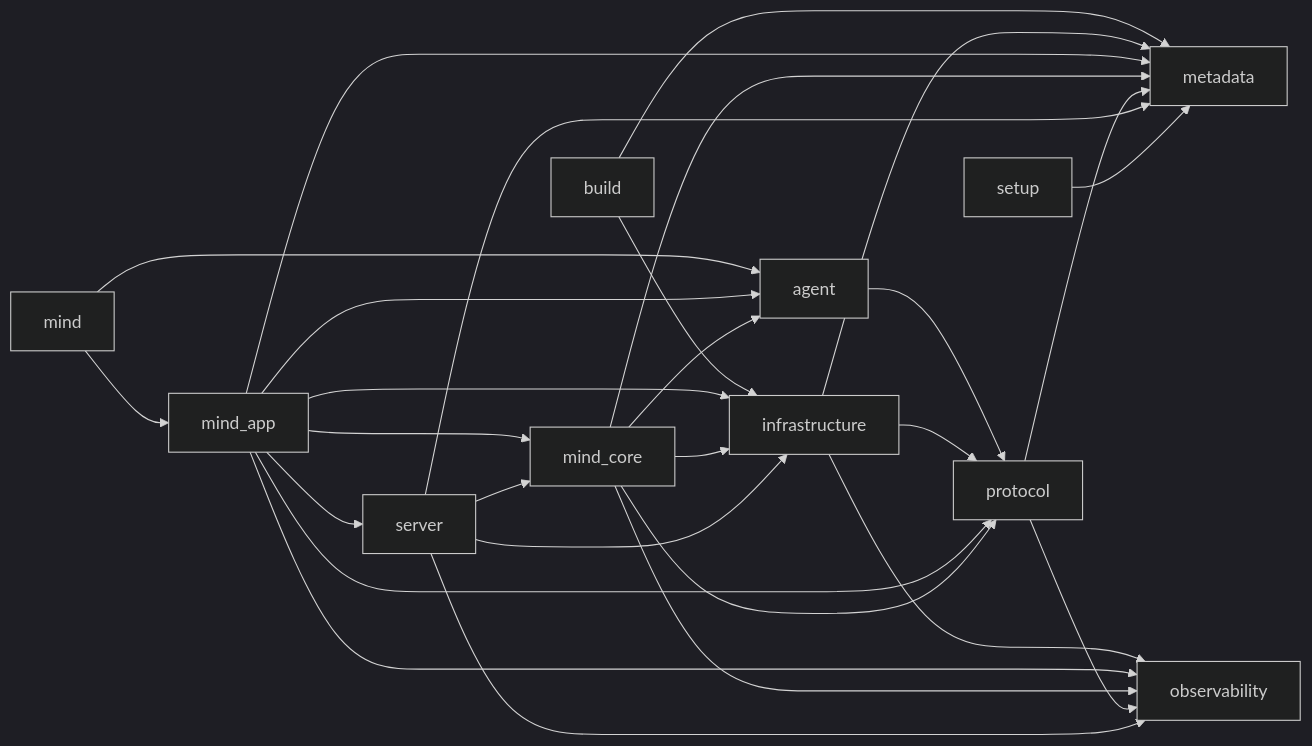
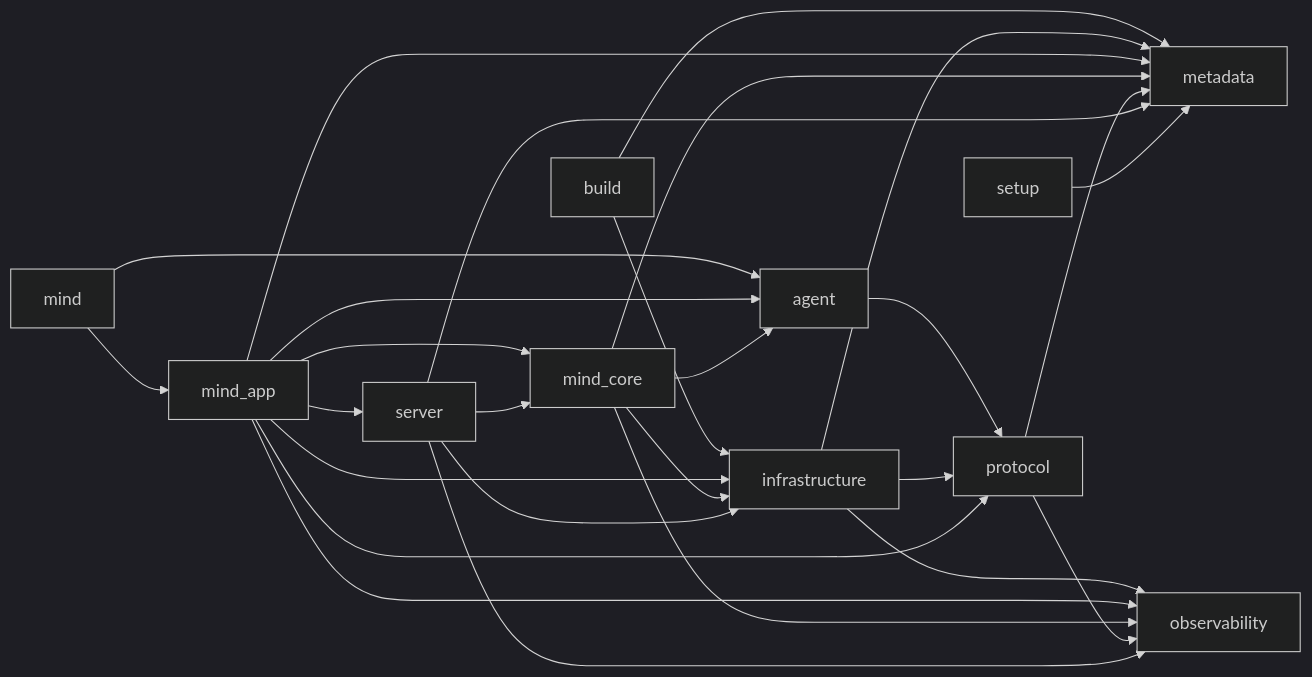
Before and after one commit to AxionixLabs/ProxyMind: the diagram in AGENT_RUNTIME_IMPORT_GRAPH.md, drawn with Mermaid (dark theme). The commit also changed other lines of this file and 50 other files, not shown here.

````diff
--- a/AGENT_RUNTIME_IMPORT_GRAPH.md
+++ b/AGENT_RUNTIME_IMPORT_GRAPH.md
@@ -15,30 +15,29 @@
 ```mermaid
 flowchart LR
     agent --> protocol
     build --> infrastructure
     build --> metadata
     infrastructure --> metadata
     infrastructure --> observability
     infrastructure --> protocol
     mind --> agent
     mind --> mind_app
     mind_app --> agent
     mind_app --> infrastructure
     mind_app --> metadata
     mind_app --> mind_core
     mind_app --> observability
     mind_app --> protocol
     mind_app --> server
     mind_core --> agent
     mind_core --> infrastructure
     mind_core --> metadata
     mind_core --> observability
-    mind_core --> protocol
     protocol --> metadata
     protocol --> observability
     server --> infrastructure
     server --> metadata
     server --> mind_core
     server --> observability
     setup --> metadata
 ```
````
